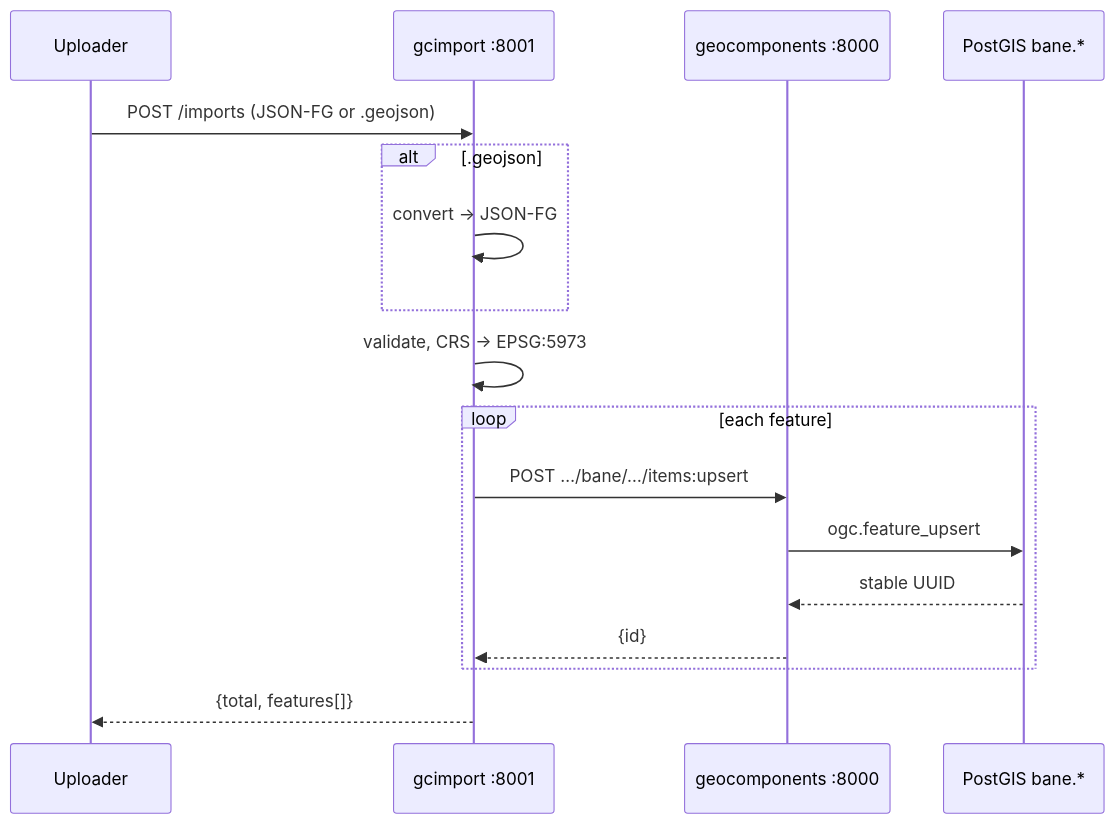
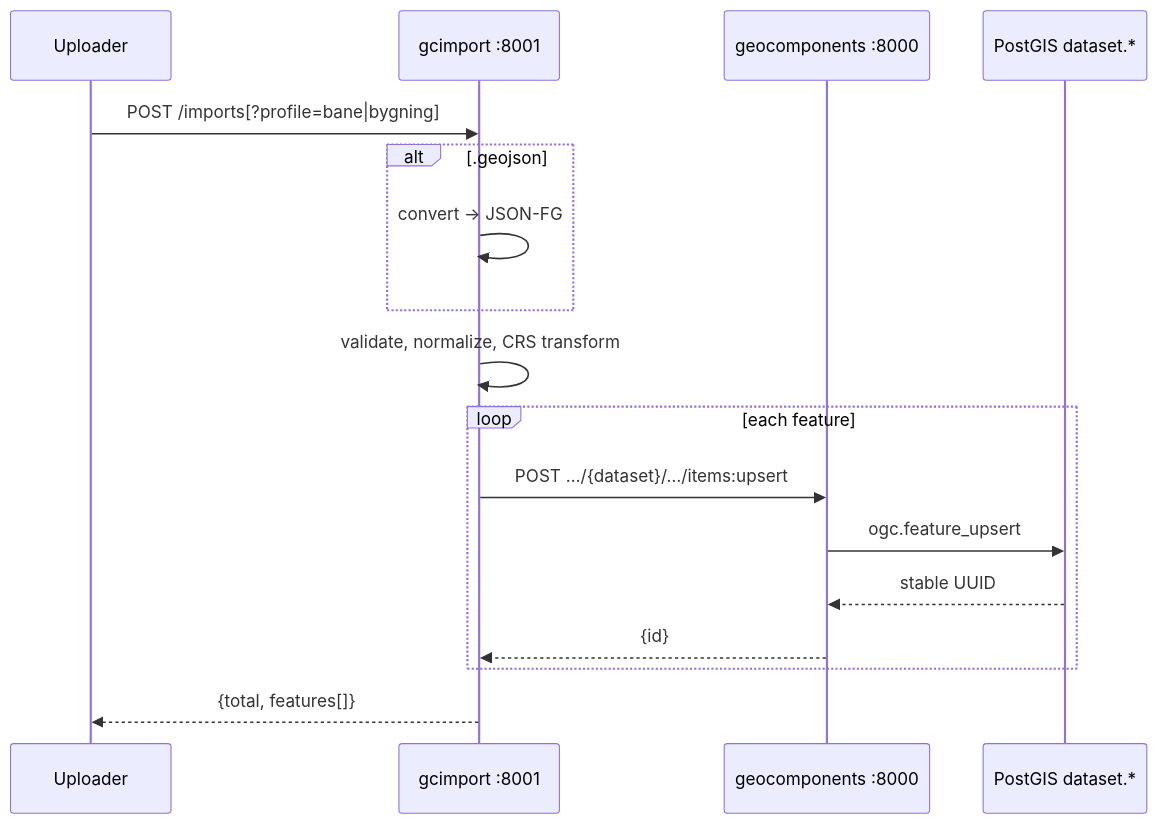
The fourth of 6 diagrams in docs/ARCHITECTURE.md (kartverket/topografisk-gdb-api), drawn with Mermaid before and after one commit. The commit also changed other lines of this file and 4 other files, not shown here.

````diff
--- a/docs/ARCHITECTURE.md
+++ b/docs/ARCHITECTURE.md
@@ -113,20 +113,20 @@
 ```mermaid
 sequenceDiagram
   participant U as Uploader
   participant I as gcimport :8001
   participant G as geocomponents :8000
-  participant DB as PostGIS bane.*
+  participant DB as PostGIS dataset.*
 
-  U->>I: POST /imports (JSON-FG or .geojson)
+  U->>I: POST /imports[?profile=bane|bygning]
   alt .geojson
     I->>I: convert → JSON-FG
   end
-  I->>I: validate, CRS → EPSG:5973
+  I->>I: validate, normalize, CRS transform
   loop each feature
-    I->>G: POST …/bane/…/items:upsert
+    I->>G: POST …/{dataset}/…/items:upsert
     G->>DB: ogc.feature_upsert
     DB-->>G: stable UUID
     G-->>I: {id}
   end
   I-->>U: {total, features[]}
 ```
````
